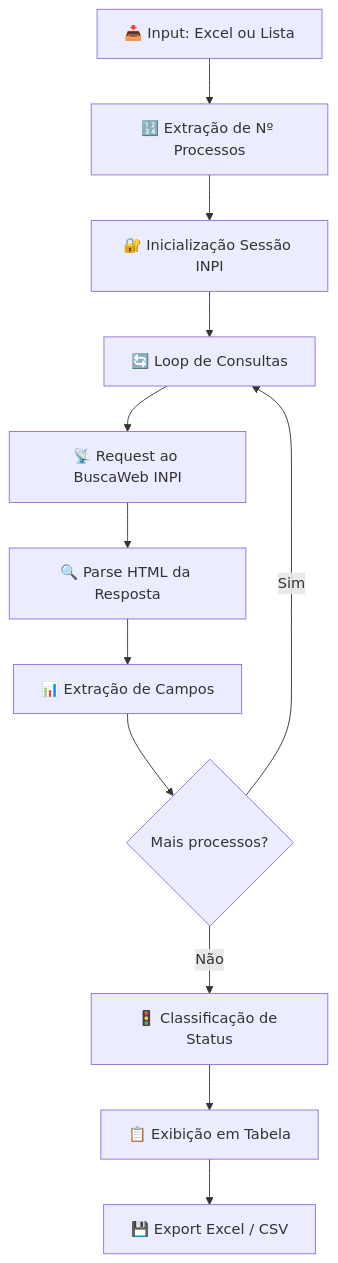
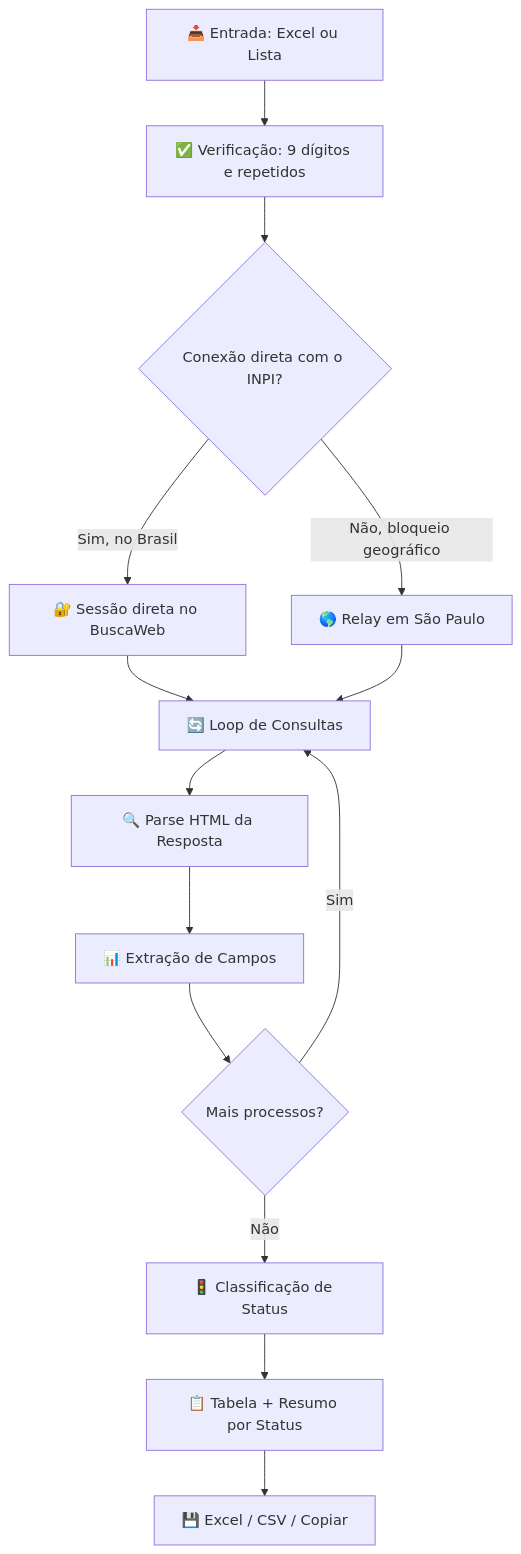
The first of 2 diagrams in README.md (GabrielaSchmitt/INPedia), drawn with Mermaid before and after one commit. The commit also changed other lines of this file and 7 other files, not shown here.

Commit message:
v1.1: relay em São Paulo, verificação de entradas, erros explicados, README e licença MIT

````diff
--- a/README.md
+++ b/README.md
@@ -57,14 +63,16 @@
 ```mermaid
 graph TD
-    A[📥 Input: Excel ou Lista] --> B[🔢 Extração de Nº Processos]
-    B --> C[🔐 Inicialização Sessão INPI]
-    C --> D[🔄 Loop de Consultas]
-    D --> E[📡 Request ao BuscaWeb INPI]
-    E --> F[🔍 Parse HTML da Resposta]
-    F --> G[📊 Extração de Campos]
-    G --> H{Mais processos?}
-    H -->|Sim| D
-    H -->|Não| I[🚦 Classificação de Status]
-    I --> J[📋 Exibição em Tabela]
-    J --> K[💾 Export Excel / CSV]
+    A[📥 Entrada: Excel ou Lista] --> B[✅ Verificação: 9 dígitos e repetidos]
+    B --> C{Conexão direta com o INPI?}
+    C -->|Sim, no Brasil| D[🔐 Sessão direta no BuscaWeb]
+    C -->|Não, bloqueio geográfico| E[🌎 Relay em São Paulo]
+    D --> F[🔄 Loop de Consultas]
+    E --> F
+    F --> G[🔍 Parse HTML da Resposta]
+    G --> H[📊 Extração de Campos]
+    H --> I{Mais processos?}
+    I -->|Sim| F
+    I -->|Não| J[🚦 Classificação de Status]
+    J --> K[📋 Tabela + Resumo por Status]
+    K --> L[💾 Excel / CSV / Copiar]
 ```
````
